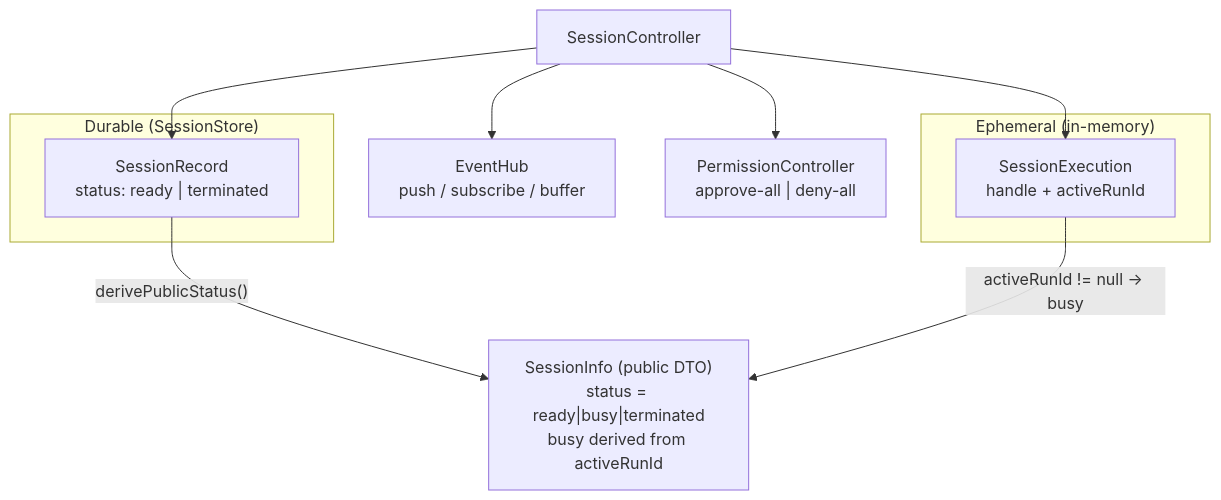
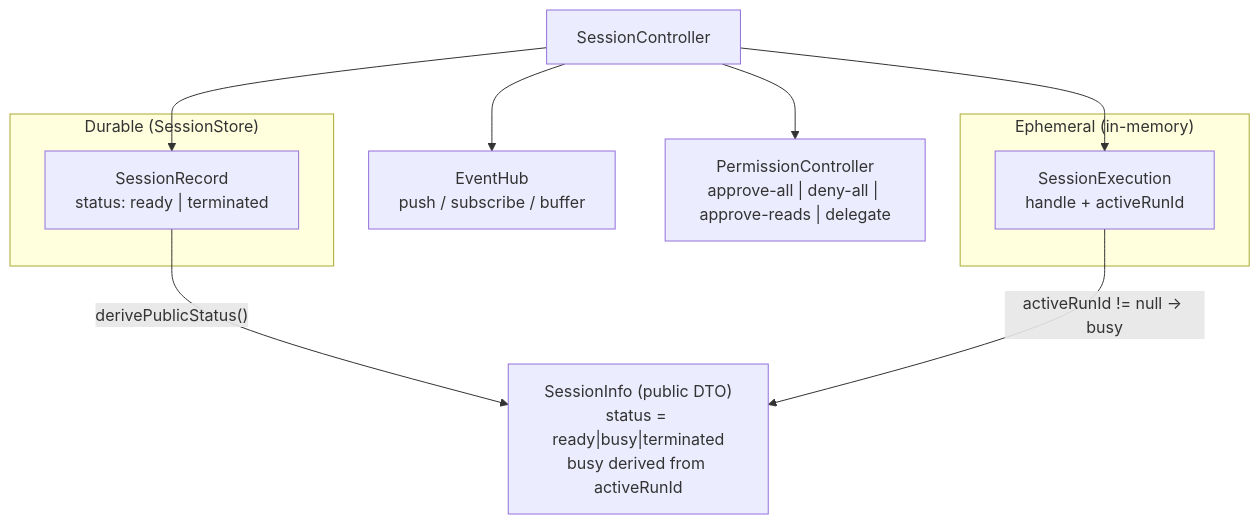
Before and after one commit to RoacherM/acp-cloud: the diagram in docs/diagrams/3-session-controller.mmd, drawn with Mermaid. The commit also changed 5 other files, not shown here.

First line of the commit message:
docs: sync architecture, deployment, diagrams with actual codebase

```diff
--- a/docs/diagrams/3-session-controller.mmd
+++ b/docs/diagrams/3-session-controller.mmd
@@ -1,21 +1,21 @@
 graph TD
     SC["SessionController"]
 
     subgraph "Durable (SessionStore)"
         REC["SessionRecord<br/>status: ready | terminated"]
     end
 
     subgraph "Ephemeral (in-memory)"
         EXE["SessionExecution<br/>handle + activeRunId"]
     end
 
     HUB["EventHub<br/>push / subscribe / buffer"]
-    PERM["PermissionController<br/>approve-all | deny-all"]
+    PERM["PermissionController<br/>approve-all | deny-all | approve-reads | delegate"]
     INFO["SessionInfo (public DTO)<br/>status = ready|busy|terminated<br/>busy derived from activeRunId"]
 
     SC --> REC
     SC --> EXE
     SC --> HUB
     SC --> PERM
     REC -->|"derivePublicStatus()"| INFO
     EXE -->|"activeRunId != null → busy"| INFO
```
